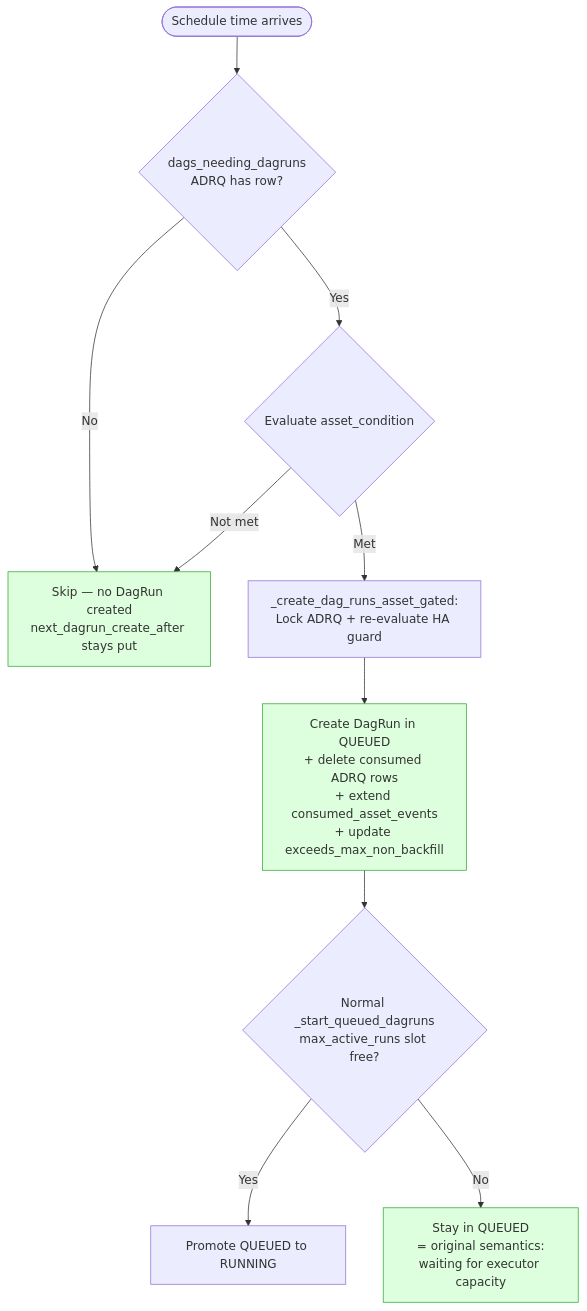
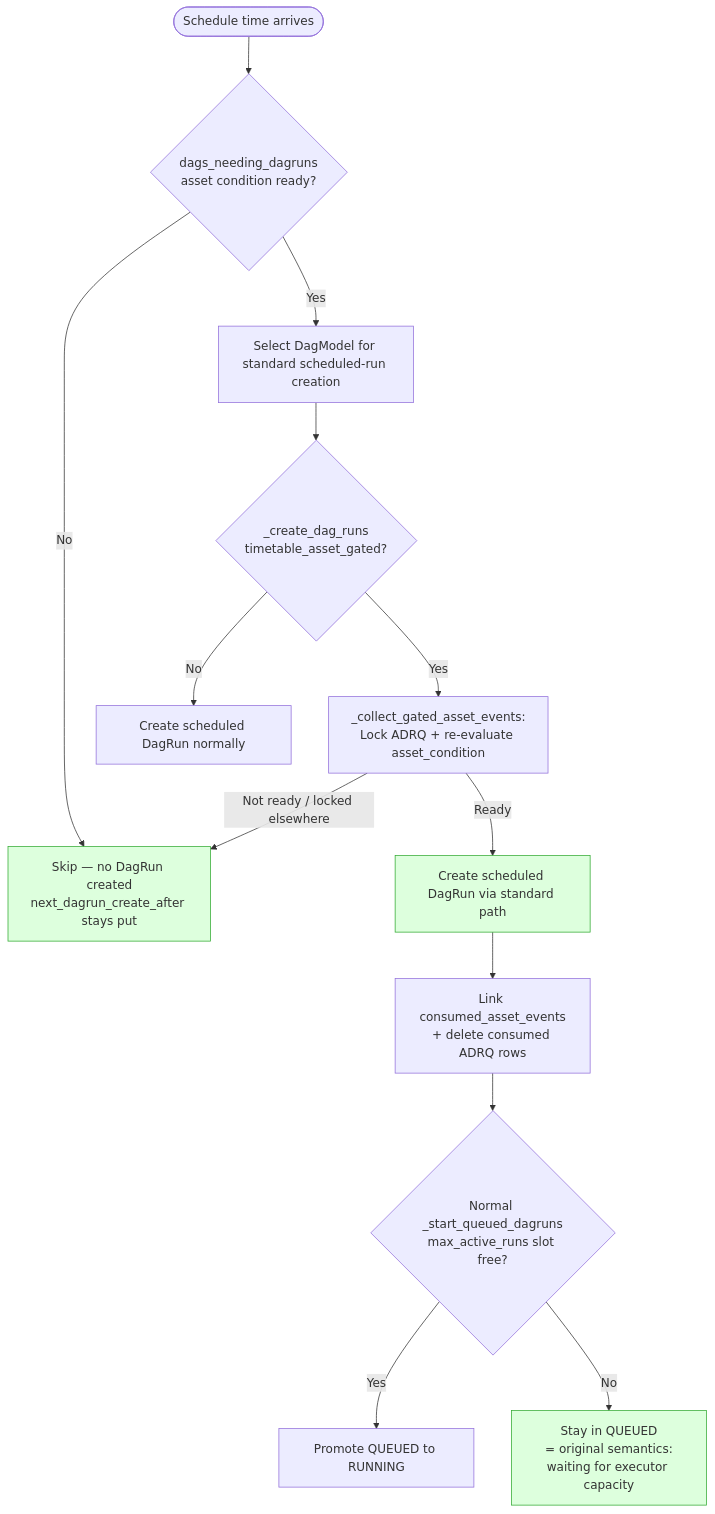
One commit to nailo2c/nailo2c.github.io changed the second of 2 diagrams in content/posts/2026-05-28-AssetAndTimeSchedule-3/index.zh-tw.md. Above: the diagram before and after it, drawn with Mermaid. The commit also changed other lines of this file and 1 other file, not shown here.

Commit message:
Update .gitignore to include OS generated files and enhance documentation in AssetAndTimeScheduler post

````diff
--- a/content/posts/2026-05-28-AssetAndTimeSchedule-3/index.zh-tw.md
+++ b/content/posts/2026-05-28-AssetAndTimeSchedule-3/index.zh-tw.md
@@ -43,16 +45,19 @@
 ```mermaid
 flowchart TD
-    A([Schedule time arrives]) --> B{dags_needing_dagruns<br/>ADRQ has row?}
+    A([Schedule time arrives]) --> B{dags_needing_dagruns<br/>asset condition ready?}
     B -->|No| Z[Skip — no DagRun created<br/>next_dagrun_create_after stays put]
-    B -->|Yes| C{Evaluate asset_condition}
-    C -->|Not met| Z
-    C -->|Met| D[_create_dag_runs_asset_gated:<br/>Lock ADRQ + re-evaluate HA guard]
-    D --> E[Create DagRun in QUEUED<br/>+ delete consumed ADRQ rows<br/>+ extend consumed_asset_events<br/>+ update exceeds_max_non_backfill]
-    E --> F{Normal _start_queued_dagruns<br/>max_active_runs slot free?}
-    F -->|Yes| G[Promote QUEUED to RUNNING]
-    F -->|No| H[Stay in QUEUED<br/>= original semantics:<br/>waiting for executor capacity]
+    B -->|Yes| C[Select DagModel for standard scheduled-run creation]
+    C --> D{_create_dag_runs<br/>timetable_asset_gated?}
+    D -->|No| E[Create scheduled DagRun normally]
+    D -->|Yes| F[_collect_gated_asset_events:<br/>Lock ADRQ + re-evaluate asset_condition]
+    F -->|Not ready / locked elsewhere| Z
+    F -->|Ready| G[Create scheduled DagRun via standard path]
+    G --> H[Link consumed_asset_events<br/>+ delete consumed ADRQ rows]
+    H --> I{Normal _start_queued_dagruns<br/>max_active_runs slot free?}
+    I -->|Yes| J[Promote QUEUED to RUNNING]
+    I -->|No| K[Stay in QUEUED<br/>= original semantics:<br/>waiting for executor capacity]
 
     style Z fill:#dfd,stroke:#3a3
-    style E fill:#dfd,stroke:#3a3
-    style H fill:#dfd,stroke:#3a3
+    style G fill:#dfd,stroke:#3a3
+    style K fill:#dfd,stroke:#3a3
 ```
````
